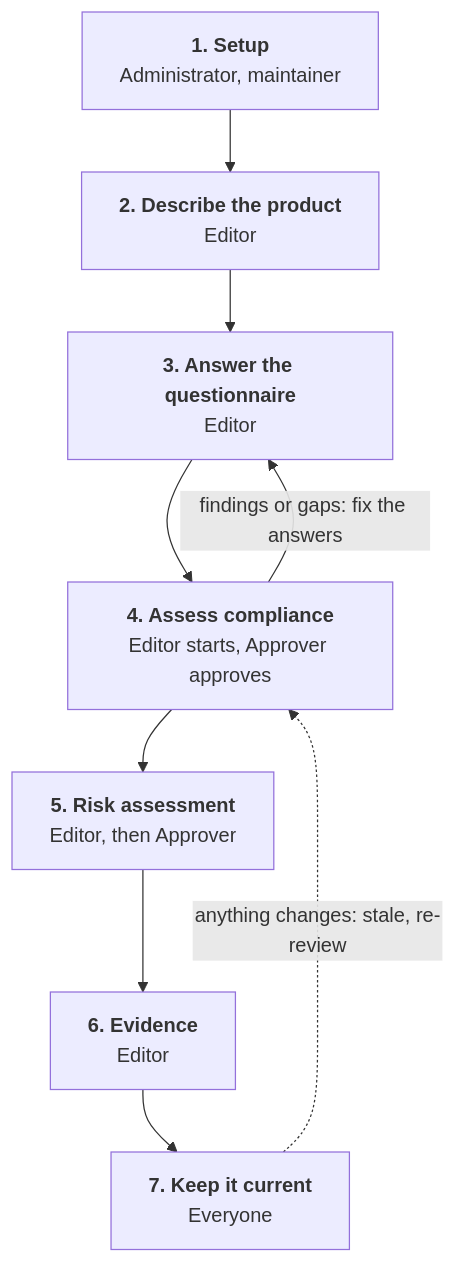
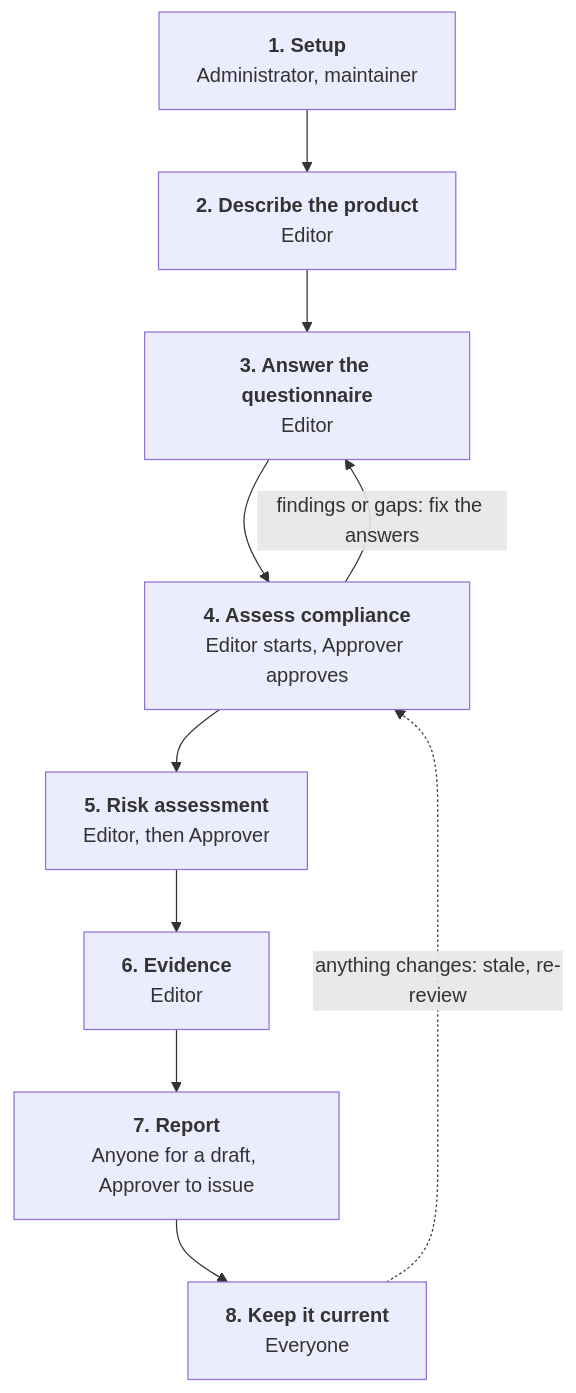
One commit to ahuopana/aavistin changed the first of 4 diagrams in docs/userguide/02-workflow.md. Above: the diagram before and after it, drawn with Mermaid. The commit also changed other lines of this file and 3 other files, not shown here.

First line of the commit message:
Document PDF reports in the architecture and the user guide

````diff
--- a/docs/userguide/02-workflow.md
+++ b/docs/userguide/02-workflow.md
@@ -10,13 +10,14 @@
 ```mermaid
 flowchart TD
     S1["<b>1. Setup</b><br/>Administrator, maintainer"]
     S2["<b>2. Describe the product</b><br/>Editor"]
     S3["<b>3. Answer the questionnaire</b><br/>Editor"]
     S4["<b>4. Assess compliance</b><br/>Editor starts, Approver approves"]
     S5["<b>5. Risk assessment</b><br/>Editor, then Approver"]
     S6["<b>6. Evidence</b><br/>Editor"]
-    S7["<b>7. Keep it current</b><br/>Everyone"]
-    S1 --> S2 --> S3 --> S4 --> S5 --> S6 --> S7
+    S7["<b>7. Report</b><br/>Anyone for a draft, Approver to issue"]
+    S8["<b>8. Keep it current</b><br/>Everyone"]
+    S1 --> S2 --> S3 --> S4 --> S5 --> S6 --> S7 --> S8
     S4 -- "findings or gaps: fix the answers" --> S3
-    S7 -. "anything changes: stale, re-review" .-> S4
+    S8 -. "anything changes: stale, re-review" .-> S4
 ```
````
